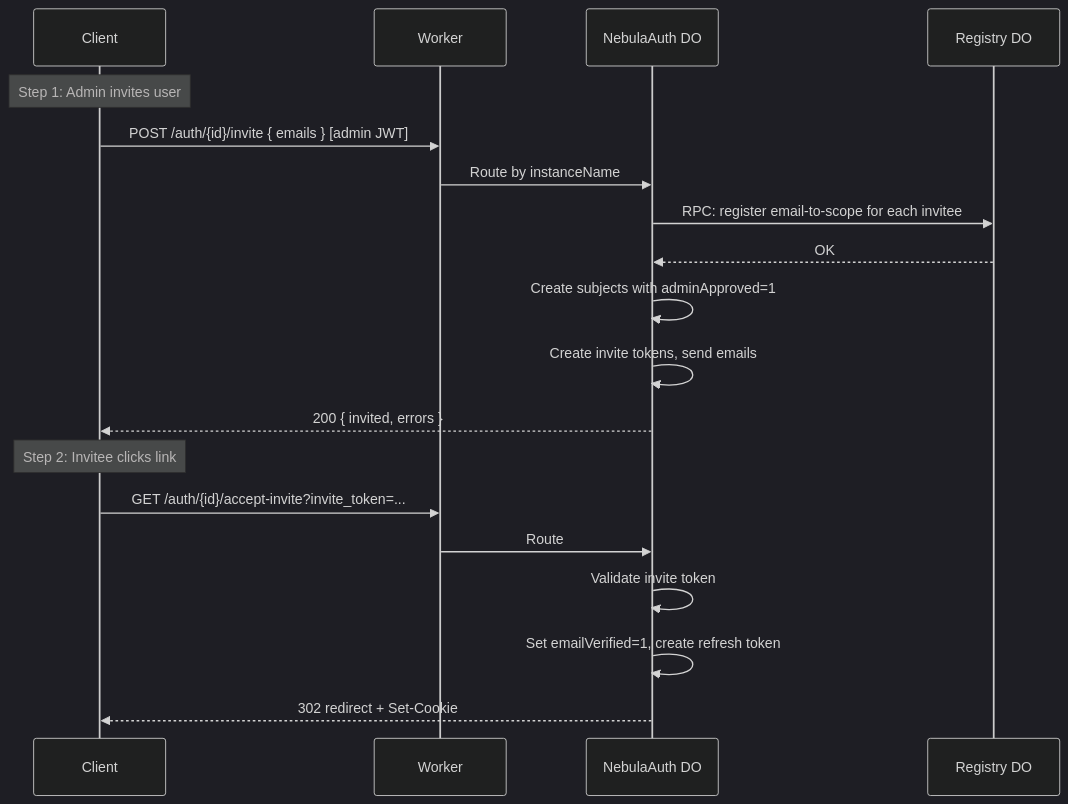
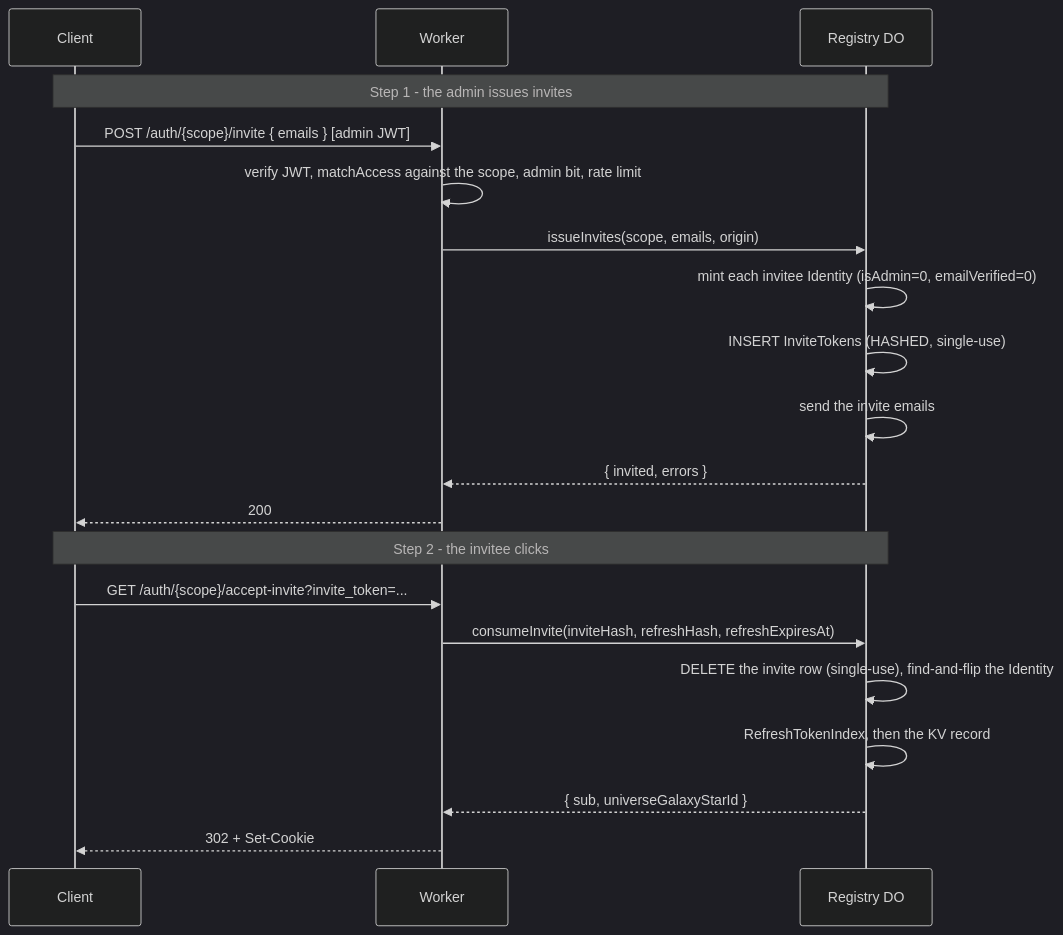
Before and after one commit to lumenize/lumenize: the third of 8 diagrams in packages/nebula-auth/README.md, drawn with Mermaid (dark theme). The commit also changed other lines of this file, not shown here.

First line of the commit message:
docs(nebula-auth): README describes the post-surrogate-sub architecture

````diff
--- a/packages/nebula-auth/README.md
+++ b/packages/nebula-auth/README.md
@@ -193,23 +225,24 @@
 ```mermaid
 sequenceDiagram
     participant C as Client
     participant W as Worker
-    participant NA as NebulaAuth DO
     participant R as Registry DO
 
-    Note over C: Step 1: Admin invites user
-    C->>W: POST /auth/{id}/invite { emails } [admin JWT]
-    W->>NA: Route by instanceName
-    NA->>R: RPC: register email-to-scope for each invitee
-    R-->>NA: OK
-    NA->>NA: Create subjects with adminApproved=1
-    NA->>NA: Create invite tokens, send emails
-    NA-->>C: 200 { invited, errors }
+    Note over C,R: Step 1 - the admin issues invites
+    C->>W: POST /auth/{scope}/invite { emails } [admin JWT]
+    W->>W: verify JWT, matchAccess against the scope, admin bit, rate limit
+    W->>R: issueInvites(scope, emails, origin)
+    R->>R: mint each invitee Identity (isAdmin=0, emailVerified=0)
+    R->>R: INSERT InviteTokens (HASHED, single-use)
+    R->>R: send the invite emails
+    R-->>W: { invited, errors }
+    W-->>C: 200
 
-    Note over C: Step 2: Invitee clicks link
-    C->>W: GET /auth/{id}/accept-invite?invite_token=...
-    W->>NA: Route
-    NA->>NA: Validate invite token
-    NA->>NA: Set emailVerified=1, create refresh token
-    NA-->>C: 302 redirect + Set-Cookie
+    Note over C,R: Step 2 - the invitee clicks
+    C->>W: GET /auth/{scope}/accept-invite?invite_token=...
+    W->>R: consumeInvite(inviteHash, refreshHash, refreshExpiresAt)
+    R->>R: DELETE the invite row (single-use), find-and-flip the Identity
+    R->>R: RefreshTokenIndex, then the KV record
+    R-->>W: { sub, universeGalaxyStarId }
+    W-->>C: 302 + Set-Cookie
 ```
````
